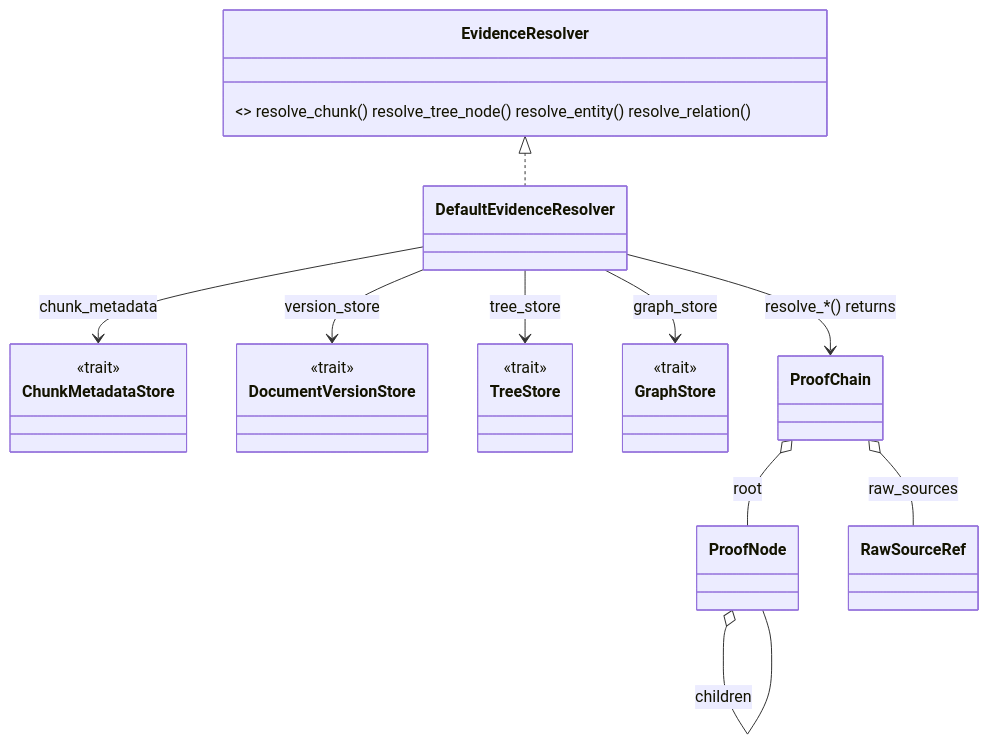
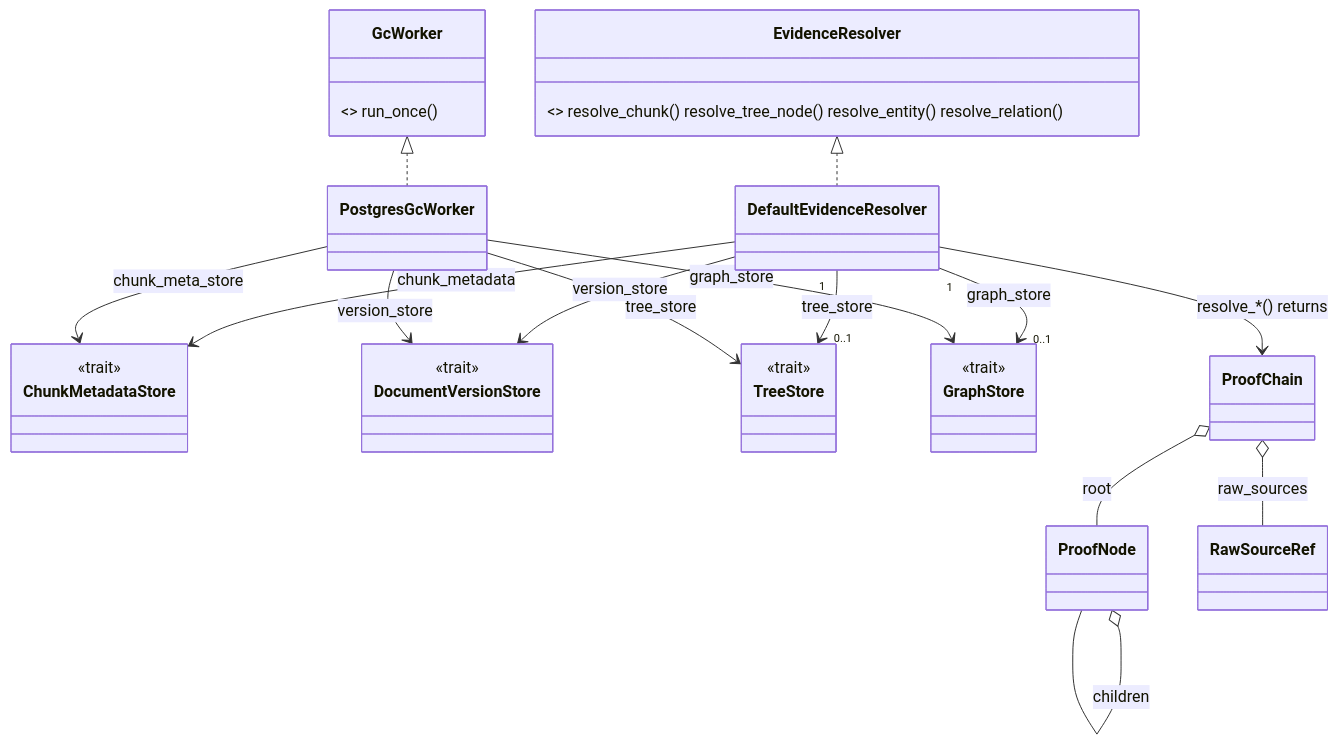
The diagram in wiki/evidence.md (sirius-zuo/arcanum), drawn with Mermaid before and after one commit. The commit also changed other lines of this file and 25 other files, not shown here.

````diff
--- a/wiki/evidence.md
+++ b/wiki/evidence.md
@@ -55,22 +61,29 @@
 ```mermaid
 classDiagram
     class EvidenceResolver { <<trait>> resolve_chunk() resolve_tree_node() resolve_entity() resolve_relation() }
     class DefaultEvidenceResolver
     class ChunkMetadataStore { <<trait>> }
     class DocumentVersionStore { <<trait>> }
     class TreeStore { <<trait>> }
     class GraphStore { <<trait>> }
     class ProofChain
     class ProofNode
     class RawSourceRef
+    class GcWorker { <<trait>> run_once() }
+    class PostgresGcWorker
 
     EvidenceResolver <|.. DefaultEvidenceResolver
     DefaultEvidenceResolver --> ChunkMetadataStore : chunk_metadata
     DefaultEvidenceResolver --> DocumentVersionStore : version_store
-    DefaultEvidenceResolver --> TreeStore : tree_store
-    DefaultEvidenceResolver --> GraphStore : graph_store
+    DefaultEvidenceResolver "1" --> "0..1" TreeStore : tree_store
+    DefaultEvidenceResolver "1" --> "0..1" GraphStore : graph_store
     DefaultEvidenceResolver --> ProofChain : resolve_*() returns
     ProofChain o-- ProofNode : root
     ProofChain o-- RawSourceRef : raw_sources
     ProofNode o-- ProofNode : children
+    GcWorker <|.. PostgresGcWorker
+    PostgresGcWorker --> DocumentVersionStore : version_store
+    PostgresGcWorker --> TreeStore : tree_store
+    PostgresGcWorker --> GraphStore : graph_store
+    PostgresGcWorker --> ChunkMetadataStore : chunk_meta_store
 ```
````
